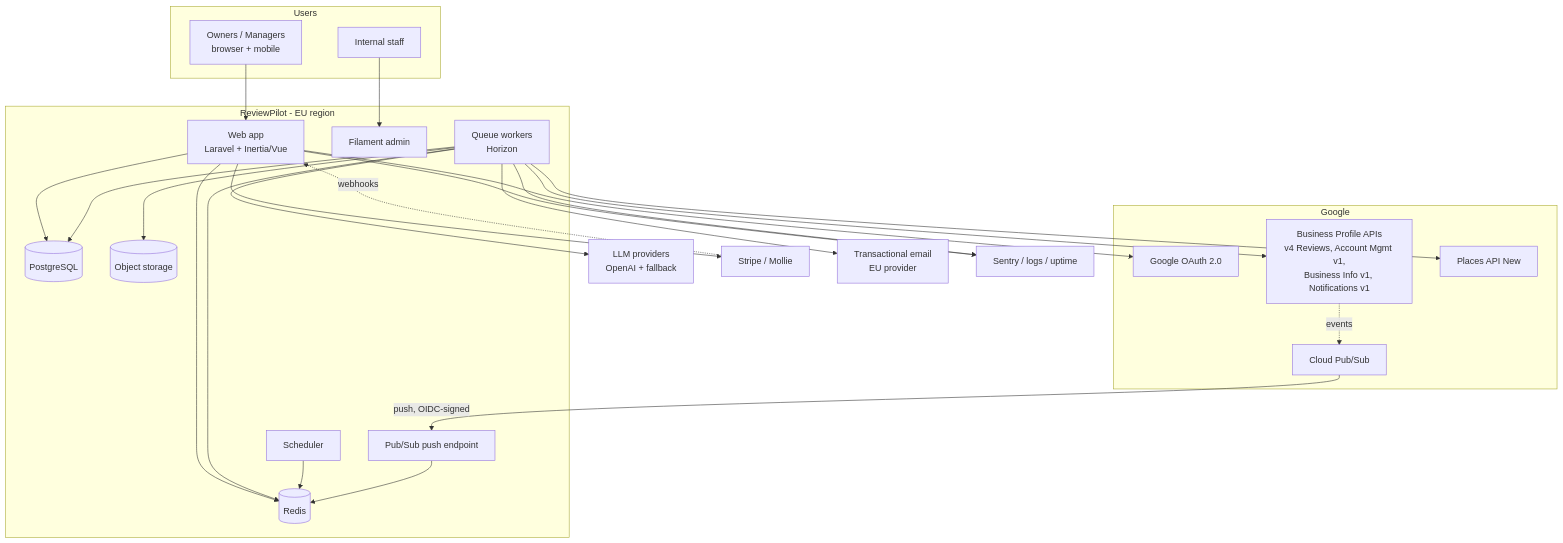
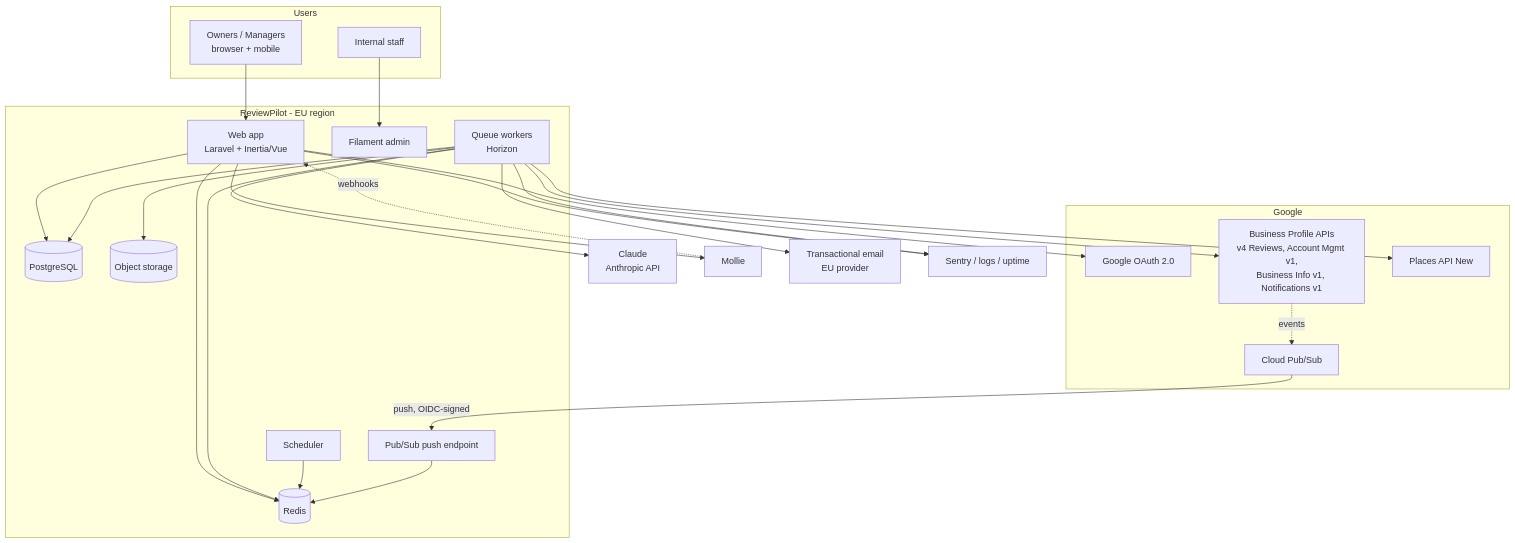
The first of 3 diagrams in docs/blueprint/05-technical-architecture.md (Amir03033/reviewpilot), drawn with Mermaid before and after one commit. The commit also changed other lines of this file and 448 other files, not shown here.

First line of the commit message:
feat: build ReviewPilot MVP on Laravel 13 with Claude and Mollie

````diff
--- a/docs/blueprint/05-technical-architecture.md
+++ b/docs/blueprint/05-technical-architecture.md
@@ -67,42 +68,42 @@
 ```mermaid
 flowchart TB
   subgraph Users
     U1[Owners / Managers<br/>browser + mobile]
     U2[Internal staff]
   end
   subgraph ReviewPilot[ReviewPilot - EU region]
     WEB[Web app<br/>Laravel + Inertia/Vue]
     ADM[Filament admin]
     API[Pub/Sub push endpoint]
     WRK[Queue workers<br/>Horizon]
     SCH[Scheduler]
     PG[(PostgreSQL)]
     RD[(Redis)]
     S3[(Object storage)]
   end
   subgraph Google
     OAUTH[Google OAuth 2.0]
     GBP[Business Profile APIs<br/>v4 Reviews, Account Mgmt v1,<br/>Business Info v1, Notifications v1]
     PS[Cloud Pub/Sub]
     PLACES[Places API New]
   end
-  LLM[LLM providers<br/>OpenAI + fallback]
-  PAY[Stripe / Mollie]
+  LLM[Claude<br/>Anthropic API]
+  PAY[Mollie]
   MAIL[Transactional email<br/>EU provider]
   OBS[Sentry / logs / uptime]
 
   U1 --> WEB
   U2 --> ADM
   WEB --> PG & RD
   WRK --> PG & RD & S3
   SCH --> RD
   WEB --> OAUTH
   WRK --> GBP
   WRK --> PLACES
   GBP -.events.-> PS -->|push, OIDC-signed| API --> RD
   WRK --> LLM
   WEB --> PAY
   PAY -.webhooks.-> WEB
   WRK --> MAIL
   WEB & WRK --> OBS
 ```
````
